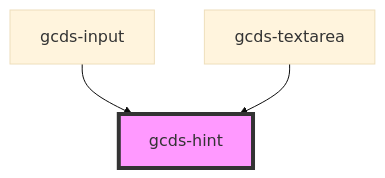
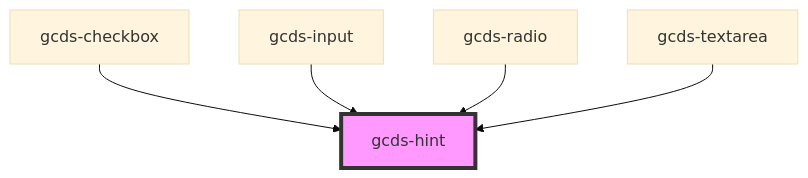
One commit to cds-snc/gcds-components changed the diagram in src/components/gcds-hint/readme.md. Above: the diagram before and after it, drawn with Mermaid (base theme). The commit also changed other lines of this file and 7 other files, not shown here.

````diff
--- a/src/components/gcds-hint/readme.md
+++ b/src/components/gcds-hint/readme.md
@@ -24,6 +26,8 @@
 ```mermaid
 graph TD;
+  gcds-checkbox --> gcds-hint
   gcds-input --> gcds-hint
+  gcds-radio --> gcds-hint
   gcds-textarea --> gcds-hint
   style gcds-hint fill:#f9f,stroke:#333,stroke-width:4px
 ```
````
